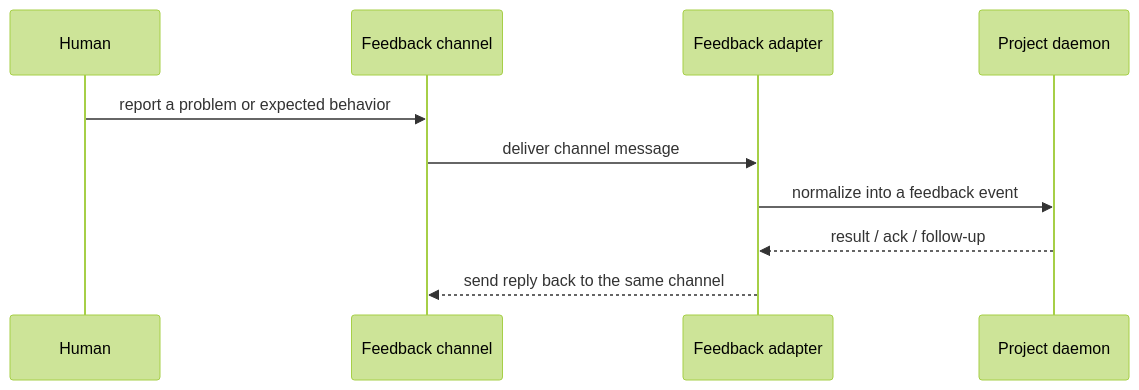
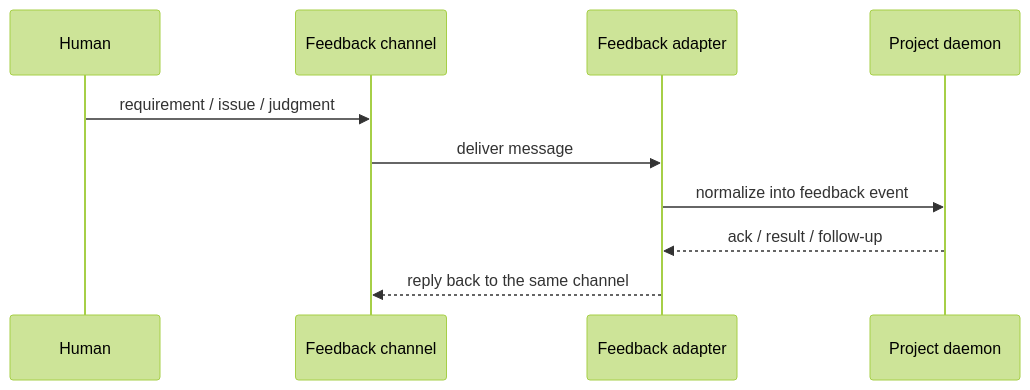
One commit to redcreen/Growware changed the second of 2 diagrams in docs/architecture.md. Above: the diagram before and after it, drawn with Mermaid (forest theme). The commit also changed other lines of this file and 15 other files, not shown here.

````diff
--- a/docs/architecture.md
+++ b/docs/architecture.md
@@ -109,13 +127,13 @@
 ```mermaid
 sequenceDiagram
     participant Human as Human
     participant A as Feedback channel
     participant Adapter as Feedback adapter
     participant Daemon as Project daemon
 
-    Human->>A: report a problem or expected behavior
-    A->>Adapter: deliver channel message
-    Adapter->>Daemon: normalize into a feedback event
-    Daemon-->>Adapter: result / ack / follow-up
-    Adapter-->>A: send reply back to the same channel
+    Human->>A: requirement / issue / judgment
+    A->>Adapter: deliver message
+    Adapter->>Daemon: normalize into feedback event
+    Daemon-->>Adapter: ack / result / follow-up
+    Adapter-->>A: reply back to the same channel
 ```
````
